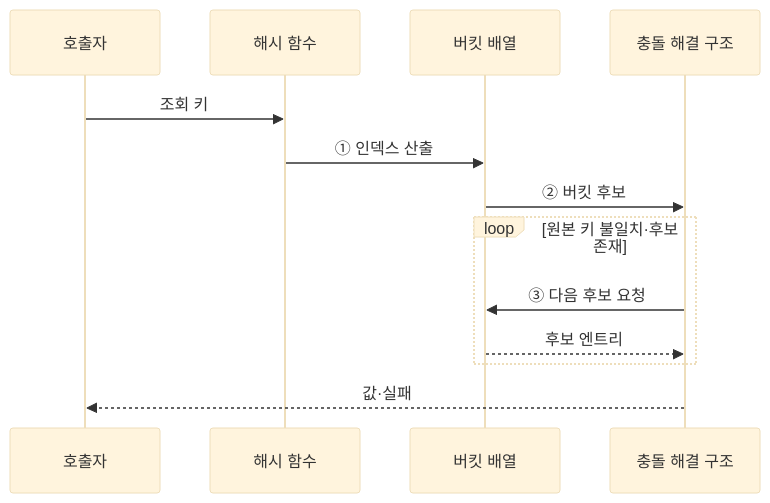
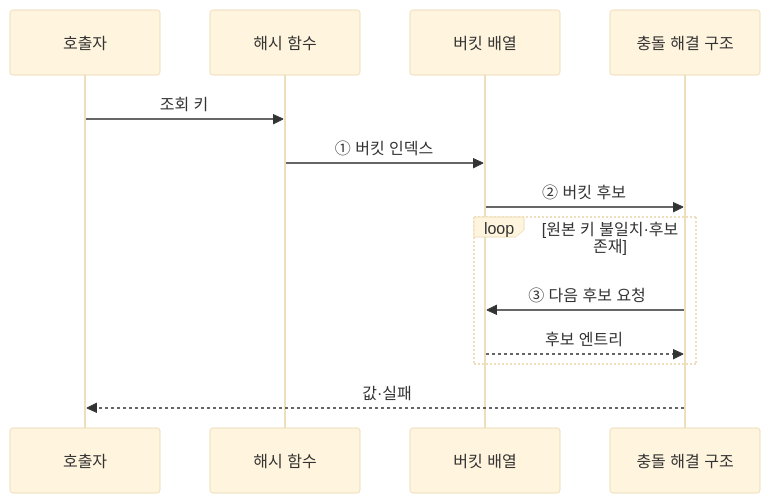
The third of 3 diagrams in src/content/docs/notes/01-basic-theory/005_hash_table.md (agnusdei1207/knowledge-base), drawn with Mermaid (base theme) before and after one commit. The commit also changed other lines of this file and 10 other files, not shown here.

````diff
--- a/src/content/docs/notes/01-basic-theory/005_hash_table.md
+++ b/src/content/docs/notes/01-basic-theory/005_hash_table.md
@@ -107,15 +88,15 @@
 ```mermaid
 sequenceDiagram
     participant Q as 호출자
     participant H as 해시 함수
     participant B as 버킷 배열
     participant C as 충돌 해결 구조
     Q->>H: 조회 키
-    H->>B: ① 인덱스 산출
+    H->>B: ① 버킷 인덱스
     B->>C: ② 버킷 후보
     loop 원본 키 불일치·후보 존재
         C->>B: ③ 다음 후보 요청
         B-->>C: 후보 엔트리
     end
     C-->>Q: 값·실패
 ```
````
